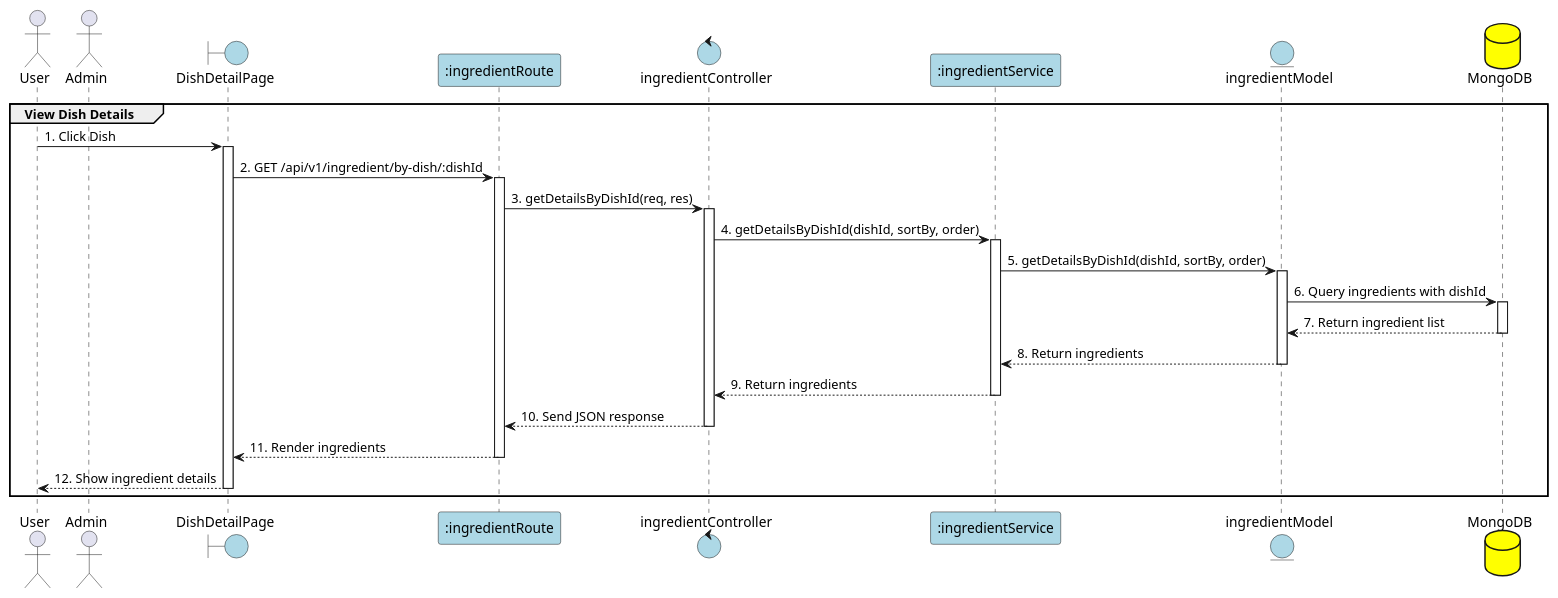
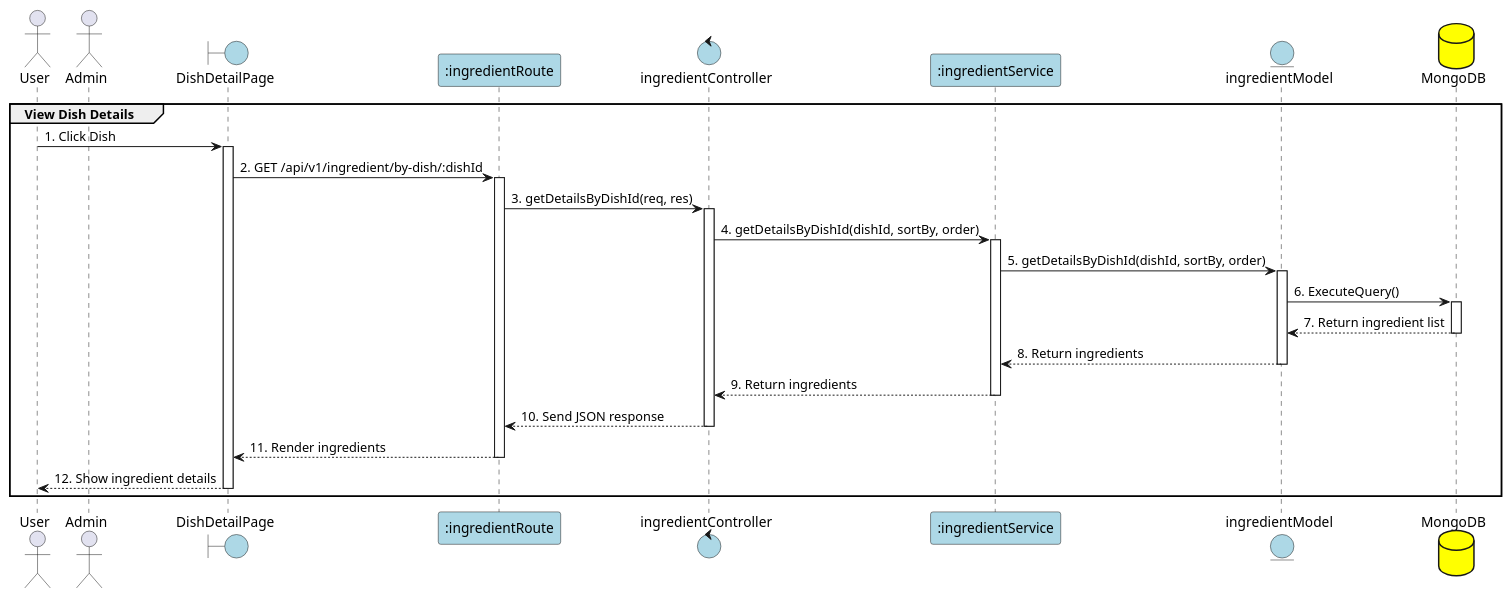
The diagram in PlanUML/24_ViewIngredientByDish.puml (Aohkne/CaloCook), drawn with PlantUML before and after one commit. The commit also changed 11 other files, not shown here.

```diff
--- a/PlanUML/24_ViewIngredientByDish.puml
+++ b/PlanUML/24_ViewIngredientByDish.puml
@@ -1,51 +1,51 @@
 @startuml ViewIngredientByDish
 
 actor "User" as User
 actor "Admin" as Admin
 boundary "DishDetailPage" as View #lightblue
 participant ":ingredientRoute" as Route #lightblue
 control "ingredientController" as Controller #lightblue
 participant ":ingredientService" as Service #lightblue
 entity "ingredientModel" as Model #lightblue
 database "MongoDB" as MongoDB #yellow
 
 group View Dish Details
 User -> View: 1. Click Dish
 activate View
 View -> Route: 2. GET /api/v1/ingredient/by-dish/:dishId
 activate Route
 
 Route -> Controller: 3. getDetailsByDishId(req, res)
 activate Controller
 
 Controller -> Service: 4. getDetailsByDishId(dishId, sortBy, order)
 activate Service
 
 Service -> Model: 5. getDetailsByDishId(dishId, sortBy, order)
 activate Model
 
-Model -> MongoDB: 6. Query ingredients with dishId
+Model -> MongoDB: 6. ExecuteQuery()
 activate MongoDB
 
 MongoDB --> Model: 7. Return ingredient list
 deactivate MongoDB
 
 Model --> Service: 8. Return ingredients
 deactivate Model
 
 Service --> Controller: 9. Return ingredients
 deactivate Service
 
 Controller --> Route: 10. Send JSON response
 deactivate Controller
 
 Route --> View: 11. Render ingredients
 deactivate Route
 
 View --> User: 12. Show ingredient details
 
 deactivate View
 end
 
 
 @enduml
```
